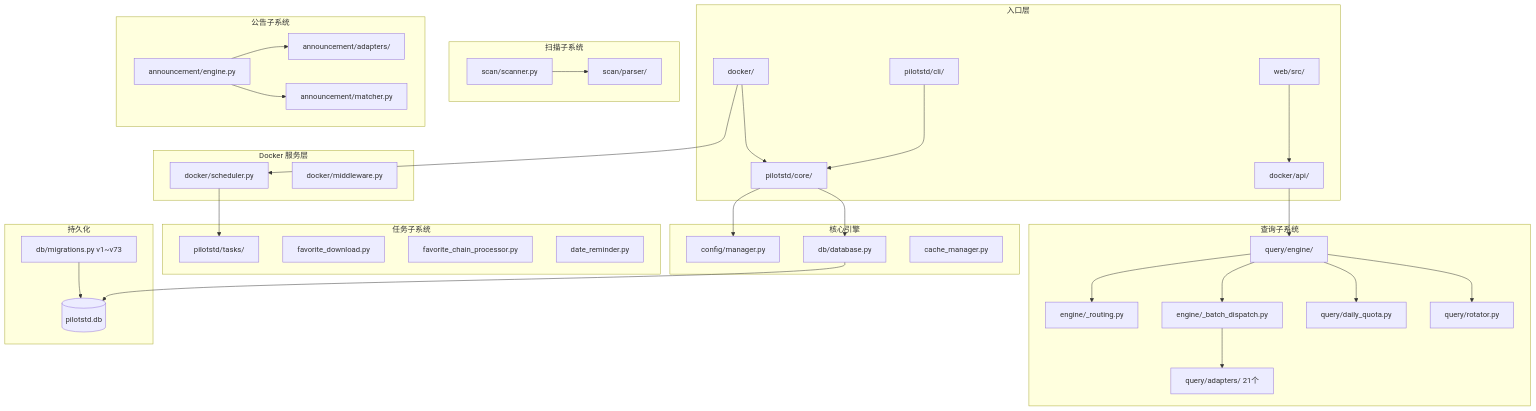
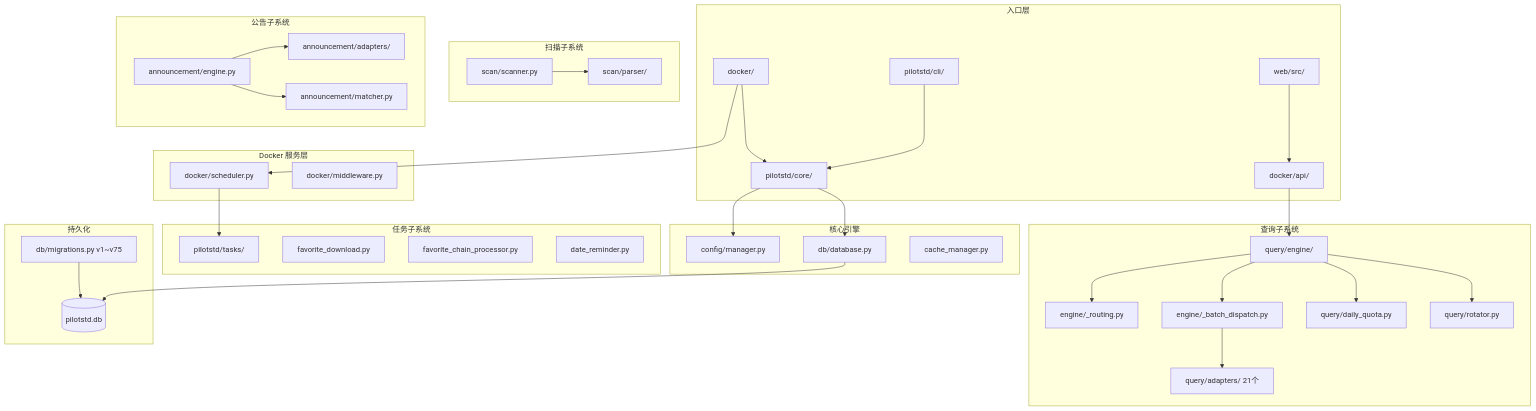
The diagram in docs/architecture/overview.md (leanmore/PilotStd), drawn with Mermaid before and after one commit. The commit also changed other lines of this file and 17 other files, not shown here.

````diff
--- a/docs/architecture/overview.md
+++ b/docs/architecture/overview.md
@@ -19,69 +19,69 @@
 ```mermaid
 graph TD
     subgraph "入口层"
         CLI[pilotstd/cli/] --> Core
         Docker[docker/] --> Core
         Web[web/src/] --> DockerAPI
     end
 
     subgraph "Docker 服务层"
         DockerAPI[docker/api/]
         Scheduler[docker/scheduler.py]
         Middleware[docker/middleware.py]
     end
 
     subgraph "核心引擎"
         Core[pilotstd/core/]
         Config[config/manager.py]
         DB[db/database.py]
         Cache[cache_manager.py]
     end
 
     subgraph "查询子系统"
         QueryEngine[query/engine/]
         Adapters[query/adapters/ 21个]
         Routing[engine/_routing.py]
         Bucket[engine/_batch_dispatch.py]
         Quota[query/daily_quota.py]
         Rotator[query/rotator.py]
     end
 
     subgraph "扫描子系统"
         Scanner[scan/scanner.py]
         Parser[scan/parser/]
     end
 
     subgraph "公告子系统"
         AnnounceEngine[announcement/engine.py]
         SAMRAdapters[announcement/adapters/]
         Matcher[announcement/matcher.py]
     end
 
     subgraph "任务子系统"
         Tasks[pilotstd/tasks/]
         FavoriteDL[favorite_download.py]
         ChainProc[favorite_chain_processor.py]
         DateReminder[date_reminder.py]
     end
 
     subgraph "持久化"
         SQLiteDB[(pilotstd.db)]
-        Migrations[db/migrations.py v1~v73]
+        Migrations[db/migrations.py v1~v75]
     end
 
     Docker --> Scheduler
     Scheduler --> Tasks
     DockerAPI --> QueryEngine
     QueryEngine --> Routing
     QueryEngine --> Bucket
     QueryEngine --> Quota
     QueryEngine --> Rotator
     Bucket --> Adapters
     Scanner --> Parser
     AnnounceEngine --> SAMRAdapters
     AnnounceEngine --> Matcher
     Core --> Config
     Core --> DB
     DB --> SQLiteDB
     Migrations --> SQLiteDB
 ```
````
